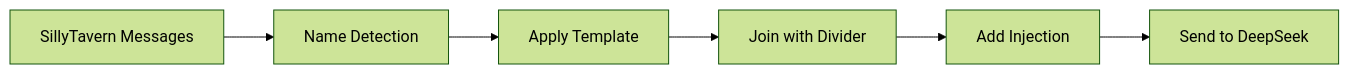
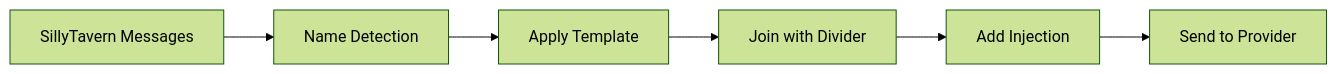
One commit to TiredDog76/intense-rp-next changed the diagram in docs/features/formatting.md. Above: the diagram before and after it, drawn with Mermaid (forest theme). The commit also changed other lines of this file and 26 other files, not shown here.

Commit message:
FEATURE: Add full Kimi / Moonshot support. REFINE: Add optional opt-out of auto-login requirements in the base driver. TWEAK: Slight improvements in provider name parsing. DOCS: Switched "DeepSeek" to "Provider" in some places.

````diff
--- a/docs/features/formatting.md
+++ b/docs/features/formatting.md
@@ -15,8 +15,8 @@
 ```mermaid
 flowchart LR
     A[SillyTavern Messages] --> B[Name Detection]
     B --> C[Apply Template]
     C --> D[Join with Divider]
     D --> E[Add Injection]
-    E --> F[Send to DeepSeek]
+    E --> F[Send to Provider]
 ```
````
